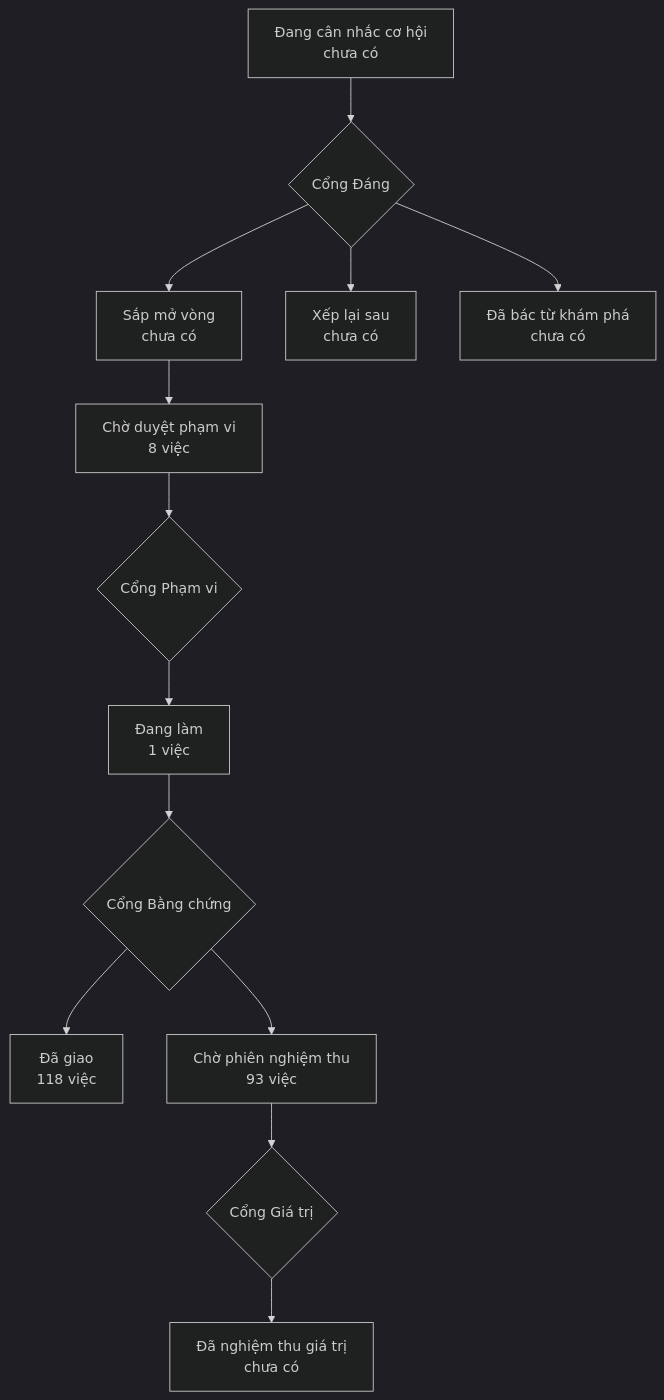
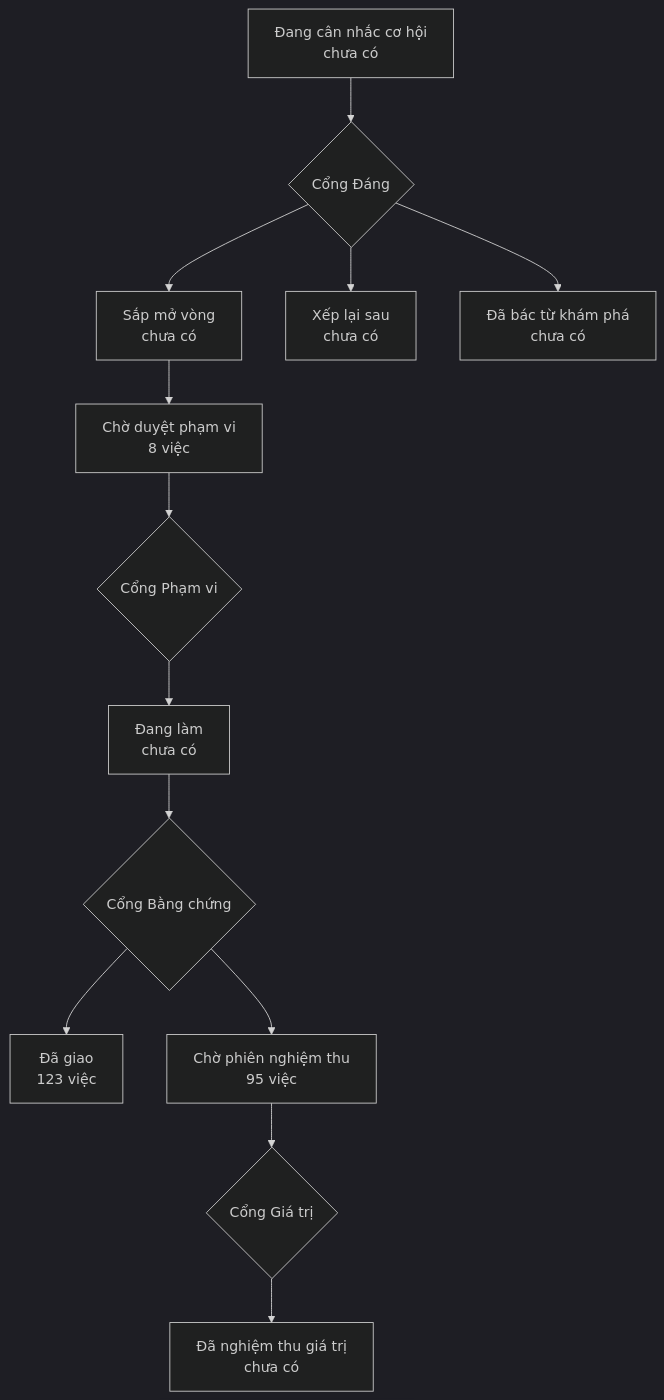
The diagram in PRODUCT-MAP.md (phanlemanh/onehub-invest), drawn with Mermaid (dark theme) before and after one commit. The commit also changed other lines of this file and 4 other files, not shown here.

````diff
--- a/PRODUCT-MAP.md
+++ b/PRODUCT-MAP.md
@@ -7,12 +7,12 @@
 ```mermaid
 flowchart TD
   A["Đang cân nhắc cơ hội<br/>chưa có"] --> GD{"Cổng Đáng"}
   GD --> B["Sắp mở vòng<br/>chưa có"]
   GD --> XL["Xếp lại sau<br/>chưa có"]
   GD --> DB["Đã bác từ khám phá<br/>chưa có"]
   B --> CD["Chờ duyệt phạm vi<br/>8 việc"] --> GP{"Cổng Phạm vi"}
-  GP --> DL["Đang làm<br/>1 việc"] --> GB{"Cổng Bằng chứng"}
-  GB --> DG["Đã giao<br/>118 việc"]
-  GB --> CN["Chờ phiên nghiệm thu<br/>93 việc"] --> GG{"Cổng Giá trị"}
+  GP --> DL["Đang làm<br/>chưa có"] --> GB{"Cổng Bằng chứng"}
+  GB --> DG["Đã giao<br/>123 việc"]
+  GB --> CN["Chờ phiên nghiệm thu<br/>95 việc"] --> GG{"Cổng Giá trị"}
   GG --> NT["Đã nghiệm thu giá trị<br/>chưa có"]
 ```
````
